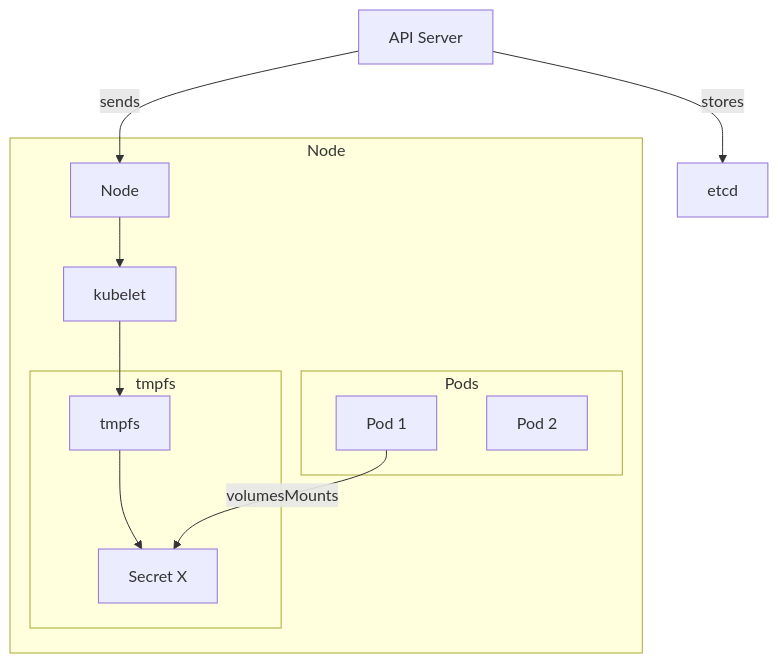
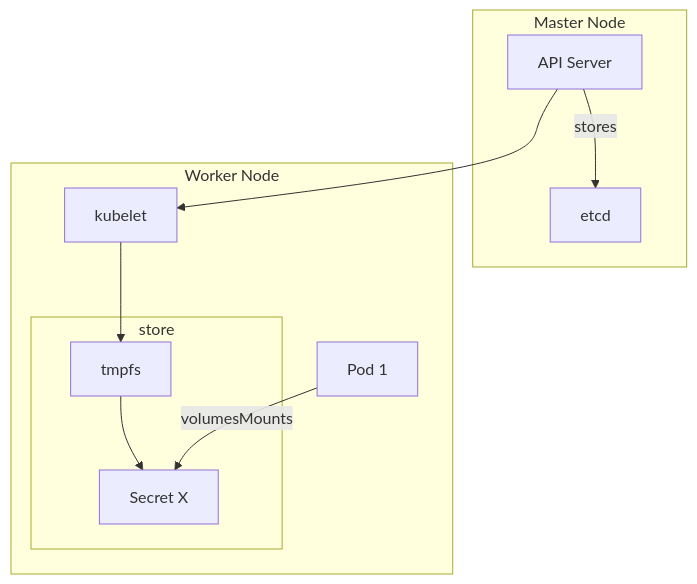
The diagram in secrets.md (hrittikhere/diagrams), drawn with Mermaid before and after one commit.

Commit message:
Update diagram secrets

````diff
--- a/secrets.md
+++ b/secrets.md
@@ -23,21 +23,21 @@
 ```mermaid
 graph TD
+
+    subgraph "Master Node"
     A[API Server] --> |stores| B[etcd]
-    A --> |sends| C[Node]
+    end
+
+    A -->D[kubelet]
     
-    subgraph "Node"
-        C --> D[kubelet]
+    subgraph "Worker Node"
         D --> E[tmpfs]
         
-        subgraph "tmpfs"
+        subgraph "store"
             E --> F[Secret X]
         end
         
-        subgraph "Pods"
             G[Pod 1] --> |volumesMounts| F
-            H[Pod 2]
-        end
     end
 
 
 ```
````
